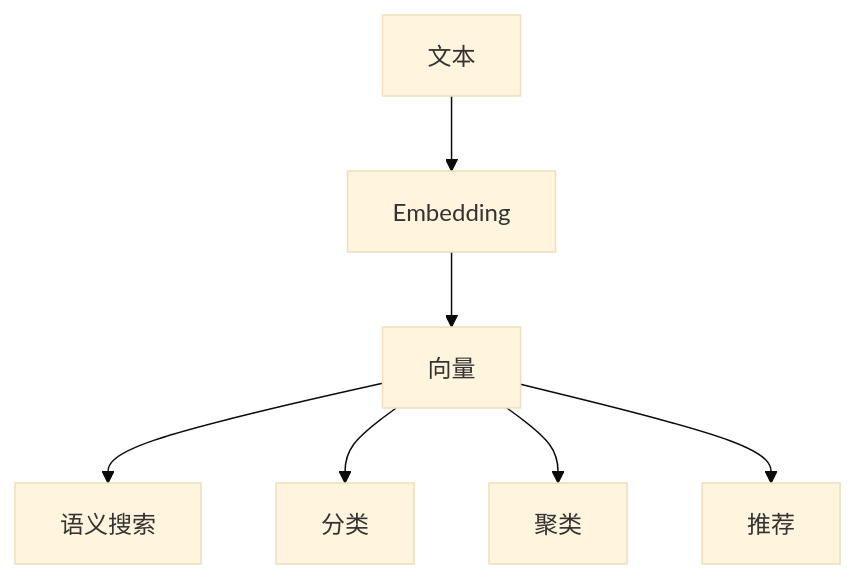
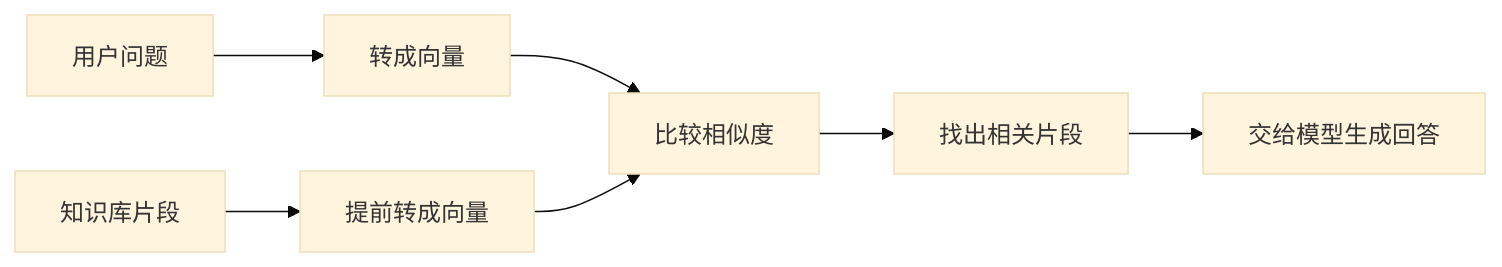
Before and after one commit to benx92/ai-learning-notes: the sixth of 6 diagrams in 06-Embedding文本如何变成向量.md, drawn with Mermaid (base theme). The commit also changed other lines of this file and 1 other file, not shown here.

Commit message:
Rewrite embedding note for beginner clarity

````diff
--- a/06-Embedding文本如何变成向量.md
+++ b/06-Embedding文本如何变成向量.md
@@ -378,9 +521,9 @@
 ```mermaid
-flowchart TD
-    A[文本] --> B[Embedding]
-    B --> C[向量]
-    C --> D[语义搜索]
-    C --> E[分类]
-    C --> F[聚类]
-    C --> G[推荐]
+flowchart LR
+    A[用户问题] --> B[转成向量]
+    C[知识库片段] --> D[提前转成向量]
+    B --> E[比较相似度]
+    D --> E
+    E --> F[找出相关片段]
+    F --> G[交给模型生成回答]
 ```
````
